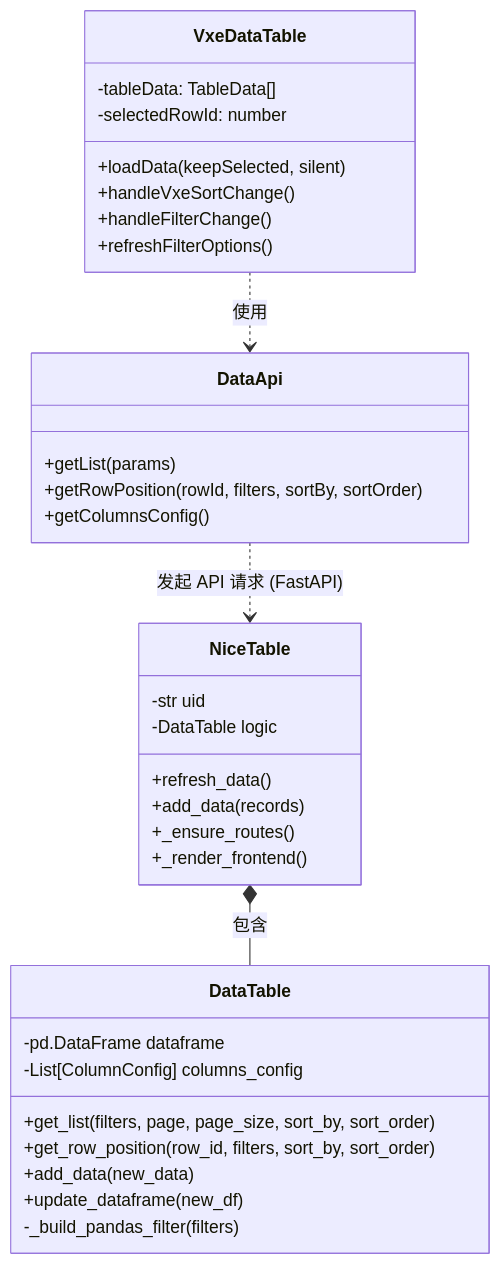
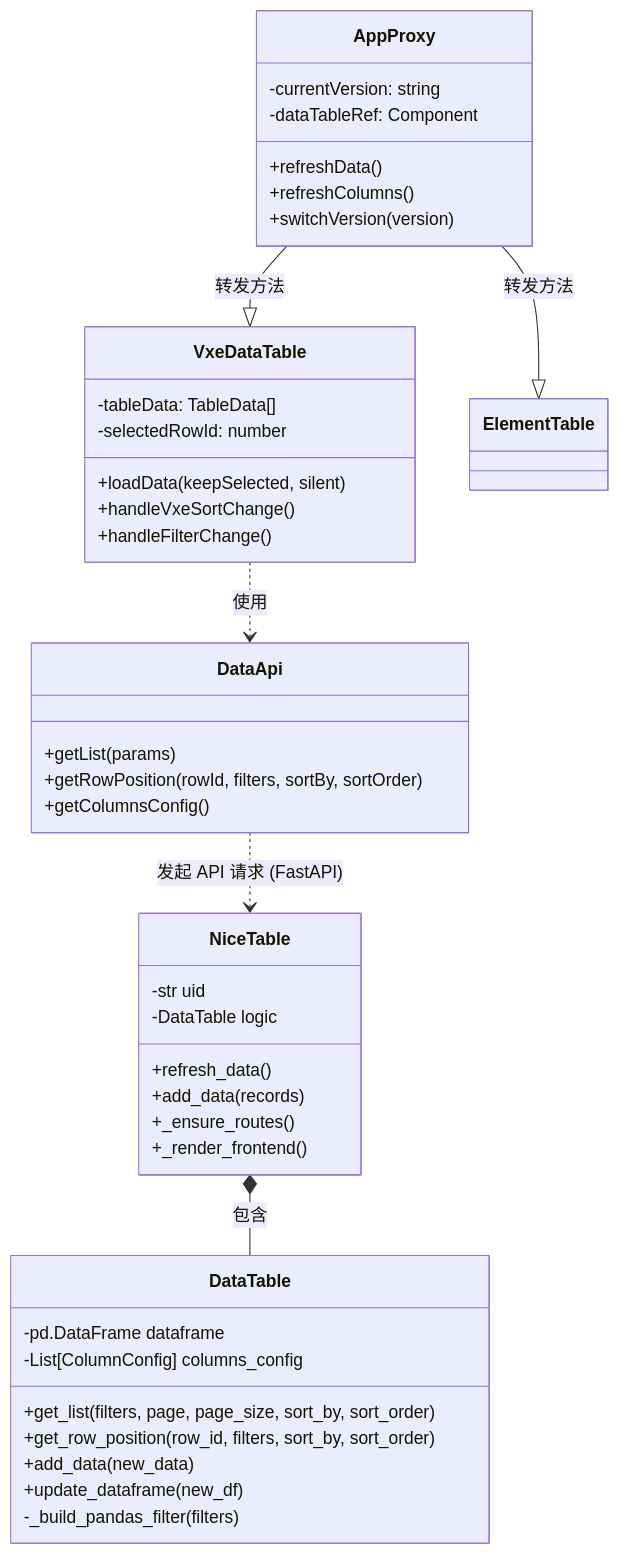
Before and after one commit to doublesea/realtime-table: the first of 3 diagrams in README.md, drawn with Mermaid. The commit also changed other lines of this file, not shown here.

````diff
--- a/README.md
+++ b/README.md
@@ -41,42 +42,51 @@
 ```mermaid
 classDiagram
     %% 后端核心类
     class DataTable {
         -pd.DataFrame dataframe
         -List[ColumnConfig] columns_config
         +get_list(filters, page, page_size, sort_by, sort_order)
         +get_row_position(row_id, filters, sort_by, sort_order)
         +add_data(new_data)
         +update_dataframe(new_df)
         -_build_pandas_filter(filters)
     }
 
     class NiceTable {
         -str uid
         -DataTable logic
         +refresh_data()
         +add_data(records)
         +_ensure_routes()
         +_render_frontend()
     }
 
     %% 前端组件
+    class AppProxy {
+        -currentVersion: string
+        -dataTableRef: Component
+        +refreshData()
+        +refreshColumns()
+        +switchVersion(version)
+    }
+
     class VxeDataTable {
         -tableData: TableData[]
         -selectedRowId: number
         +loadData(keepSelected, silent)
         +handleVxeSortChange()
         +handleFilterChange()
-        +refreshFilterOptions()
     }
 
     class DataApi {
         +getList(params)
         +getRowPosition(rowId, filters, sortBy, sortOrder)
         +getColumnsConfig()
     }
 
     NiceTable *-- DataTable : 包含
+    AppProxy --|> VxeDataTable : 转发方法
+    AppProxy --|> ElementTable : 转发方法
     VxeDataTable ..> DataApi : 使用
     DataApi ..> NiceTable : 发起 API 请求 (FastAPI)
 ```
````
